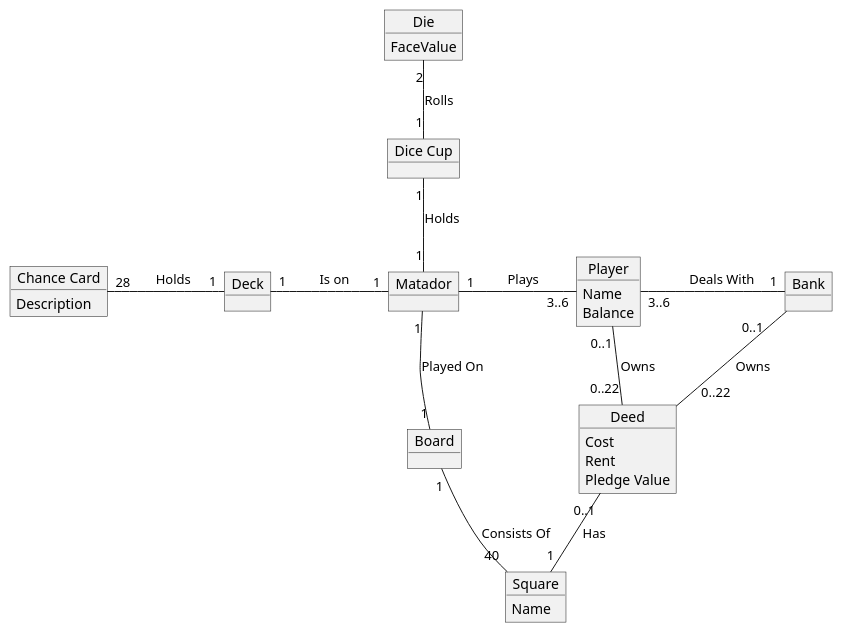
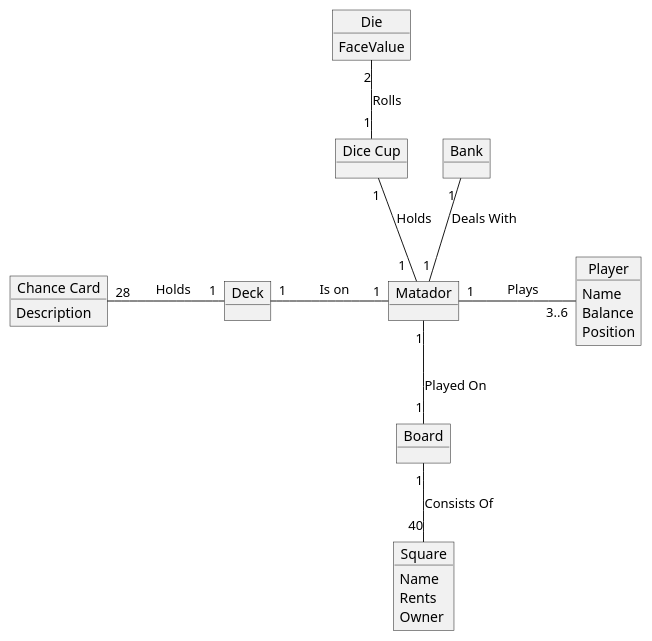
One commit to Greve2001/CDIO-final changed the diagram in diagrams/domain_model.puml. Above: the diagram before and after it, drawn with PlantUML.

Commit message:
excluded deeds from the domain model and move banks relation to the game

```diff
--- a/diagrams/domain_model.puml
+++ b/diagrams/domain_model.puml
@@ -1,39 +1,34 @@
 @startuml
 
 object Board
 object Player
 object Die
-object "Dice Cup" as dicecup
+object "Dice Cup" as diceCup
 object Bank
 object "Chance Card" as chance
 object Deck
 object Square
-object Deed
 object Matador
 
 Die : FaceValue
 Player : Name
 Player : Balance
+Player : Position
 chance : Description
-Deed : Cost
-Deed : Rent
-Deed : Pledge Value
 Square : Name
+Square : Rents
+Square : Owner
 
 Matador "1" -r- "3..6" Player : \t Plays \t
-Player "3..6" -r- "1" Bank : \t Deals With \t
+Matador "1" -u- "1 " Bank : Deals With
 
-Matador "1" -u- "1" dicecup : Holds
-dicecup "1" -u- "2" Die : Rolls
+Matador "1  " -u- "1" diceCup : Holds
+diceCup "1" -u- "2" Die : Rolls
 
 Deck "1" -l- "28" chance : \t Holds \t
 Matador "1" -l- "1" Deck : \t Is on \t
 
-Board "1" -u- "1" Matador : Played On \t\t\t\t
+Board "1" -u- "1" Matador : Played On
 Board "1" -d- "40" Square : Consists Of\t
 
-Square "1" -u- "0..1" Deed : Has
-Bank "0..1    " -- "     0..22" Deed : Owns
-Player "0..1" -- "0..22" Deed : Owns
-
 @enduml
```
